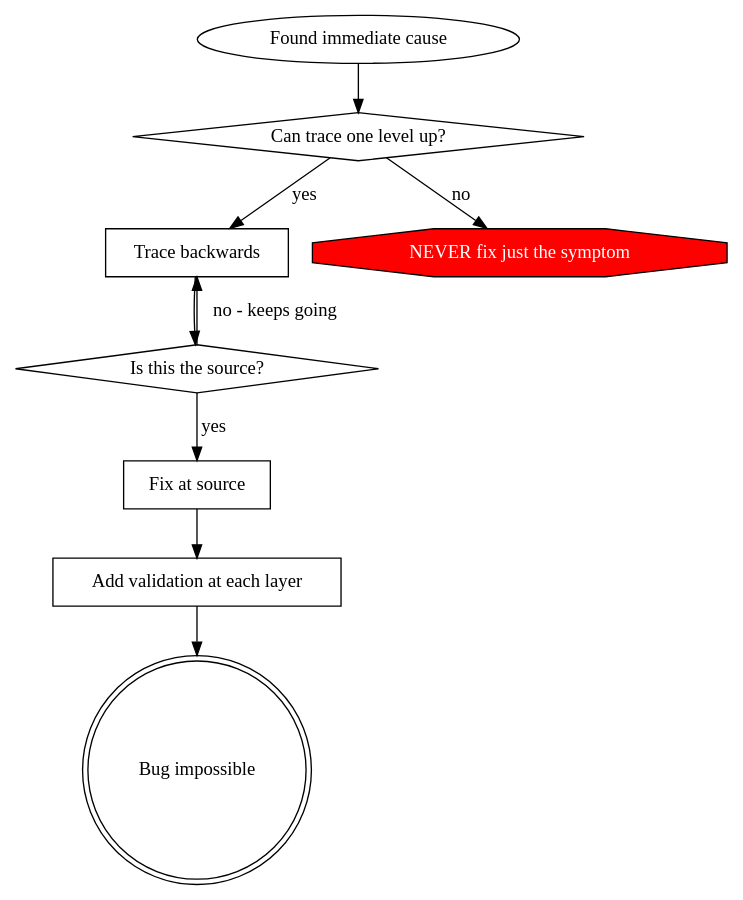
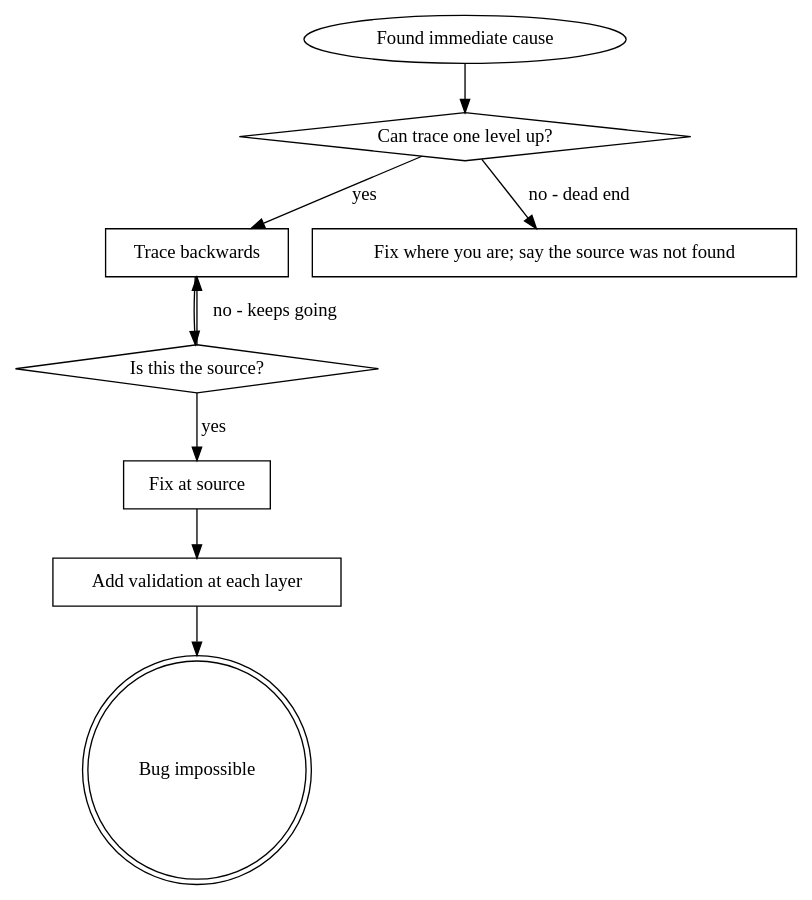
The second of 2 diagrams in skills/systematic-debugging/root-cause-tracing.md (cuongnbms/superpowers), drawn with Graphviz before and after one commit. The commit also changed other lines of this file and 8 other files, not shown here.

````diff
--- a/skills/systematic-debugging/root-cause-tracing.md
+++ b/skills/systematic-debugging/root-cause-tracing.md
@@ -132,21 +132,21 @@
 ```dot
 digraph principle {
     "Found immediate cause" [shape=ellipse];
     "Can trace one level up?" [shape=diamond];
     "Trace backwards" [shape=box];
     "Is this the source?" [shape=diamond];
     "Fix at source" [shape=box];
     "Add validation at each layer" [shape=box];
     "Bug impossible" [shape=doublecircle];
-    "NEVER fix just the symptom" [shape=octagon, style=filled, fillcolor=red, fontcolor=white];
+    "Fix where you are; say the source was not found" [shape=box];
 
     "Found immediate cause" -> "Can trace one level up?";
     "Can trace one level up?" -> "Trace backwards" [label="yes"];
-    "Can trace one level up?" -> "NEVER fix just the symptom" [label="no"];
+    "Can trace one level up?" -> "Fix where you are; say the source was not found" [label="no - dead end"];
     "Trace backwards" -> "Is this the source?";
     "Is this the source?" -> "Trace backwards" [label="no - keeps going"];
     "Is this the source?" -> "Fix at source" [label="yes"];
     "Fix at source" -> "Add validation at each layer";
     "Add validation at each layer" -> "Bug impossible";
 }
 ```
````
